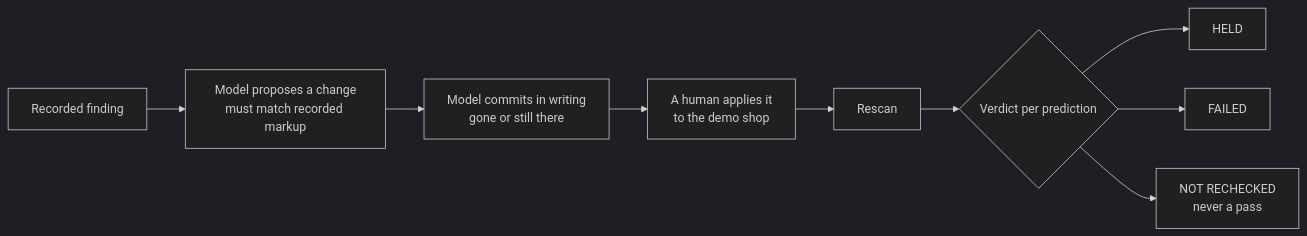
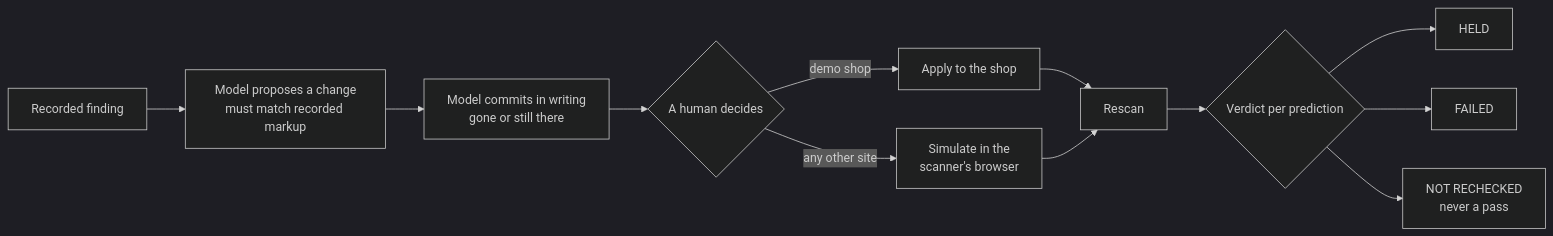
One commit to joyboyreturns/Access-Ripple changed the second of 3 diagrams in README.md. Above: the diagram before and after it, drawn with Mermaid (dark theme). The commit also changed other lines of this file and 755 other files, not shown here.

````diff
--- a/README.md
+++ b/README.md
@@ -65,11 +102,14 @@
 ```mermaid
 flowchart LR
     F["Recorded finding"] --> P["Model proposes a change<br/>must match recorded markup"]
     P --> C["Model commits in writing<br/>gone or still there"]
-    C --> H["A human applies it<br/>to the demo shop"]
-    H --> R["Rescan"]
+    C --> H{"A human decides"}
+    H -->|"demo shop"| A["Apply to the shop"]
+    H -->|"any other site"| S["Simulate in the<br/>scanner's browser"]
+    A --> R["Rescan"]
+    S --> R
     R --> V{"Verdict per prediction"}
     V --> Held["HELD"]
     V --> Failed["FAILED"]
     V --> Unknown["NOT RECHECKED<br/>never a pass"]
 ```
````
